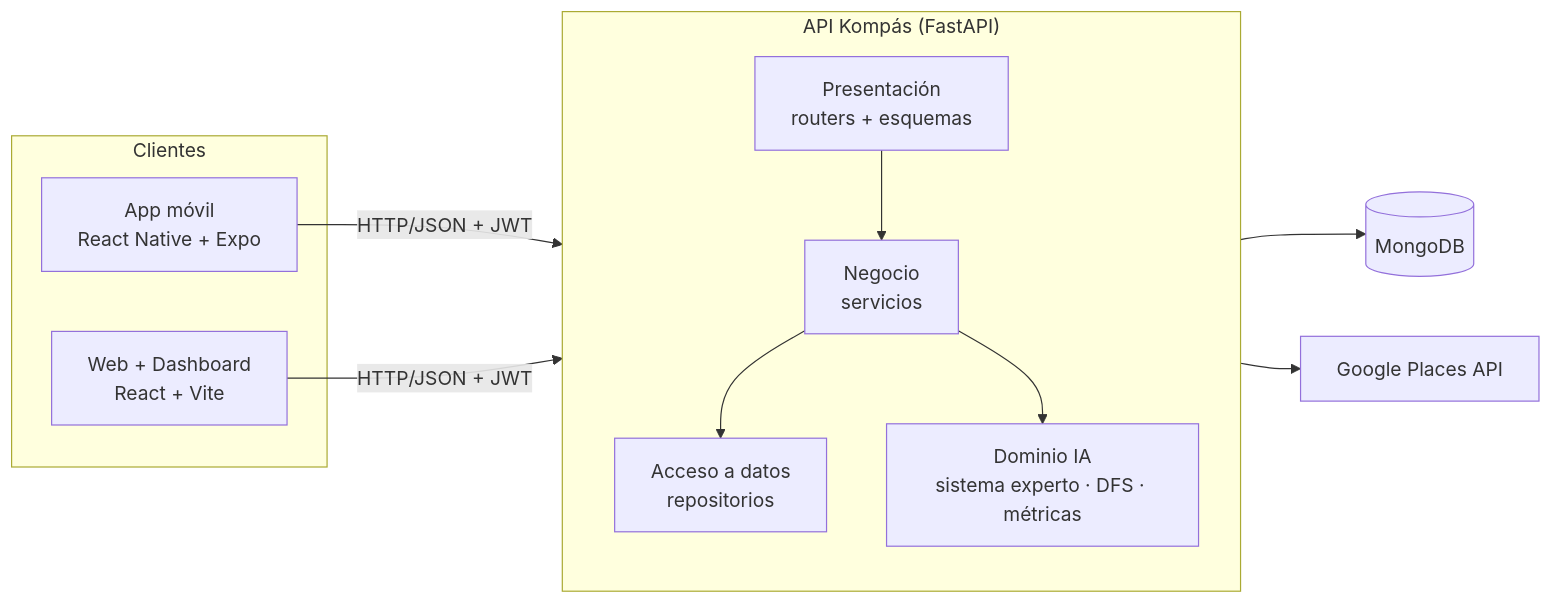
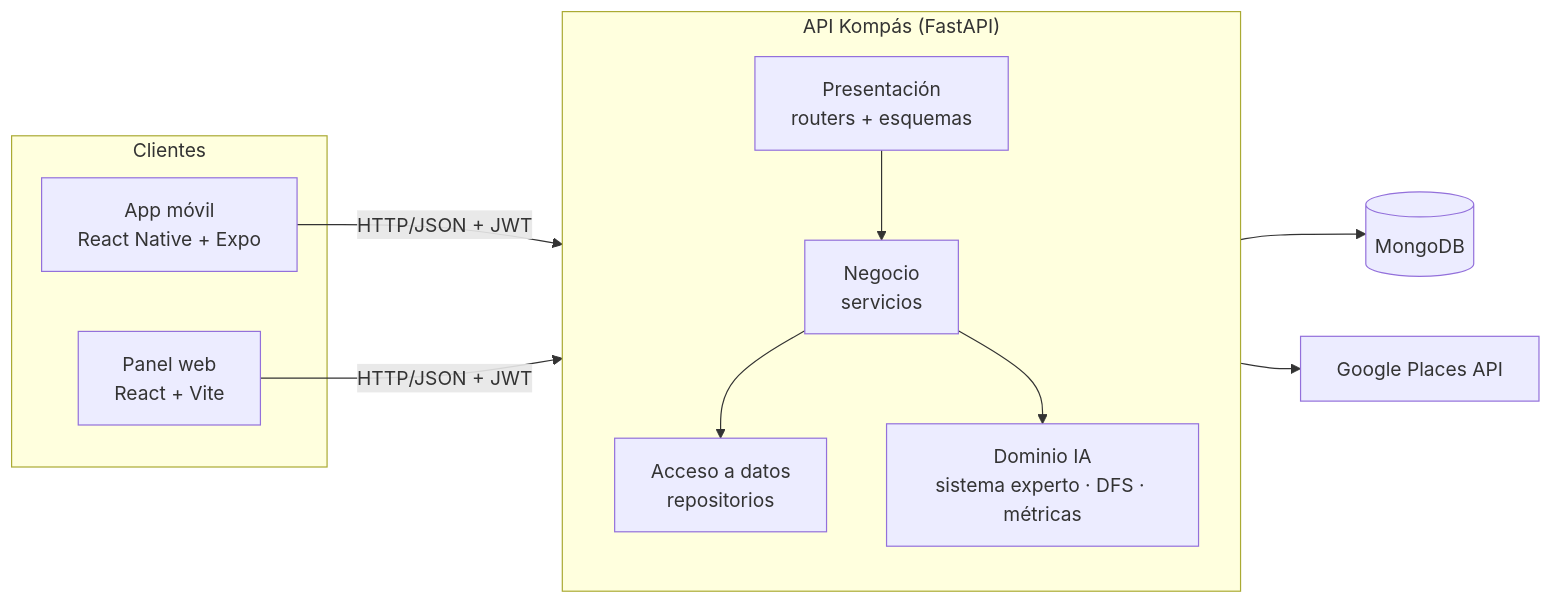
The third of 7 diagrams in DOCS/manual-tecnico/arquitectura.md (jirotrash/KompasAPPbeta), drawn with Mermaid before and after one commit. The commit also changed other lines of this file and 11 other files, not shown here.

Commit message:
Deja la web solo con el dashboard de administración y la marca Kompás

````diff
--- a/DOCS/manual-tecnico/arquitectura.md
+++ b/DOCS/manual-tecnico/arquitectura.md
@@ -99,20 +99,20 @@
 ```mermaid
 flowchart LR
   subgraph Clientes
     M[App móvil<br/>React Native + Expo]
-    W[Web + Dashboard<br/>React + Vite]
+    W[Panel web<br/>React + Vite]
   end
   subgraph API["API Kompás (FastAPI)"]
     direction TB
     P[Presentación<br/>routers + esquemas]
     N[Negocio<br/>servicios]
     D[Acceso a datos<br/>repositorios]
     IA[Dominio IA<br/>sistema experto · DFS · métricas]
   end
   DB[(MongoDB)]
   G[Google Places API]
   M & W -- HTTP/JSON + JWT --> P
   P --> N --> D --> DB
   N --> IA
   N --> G
 ```
````
